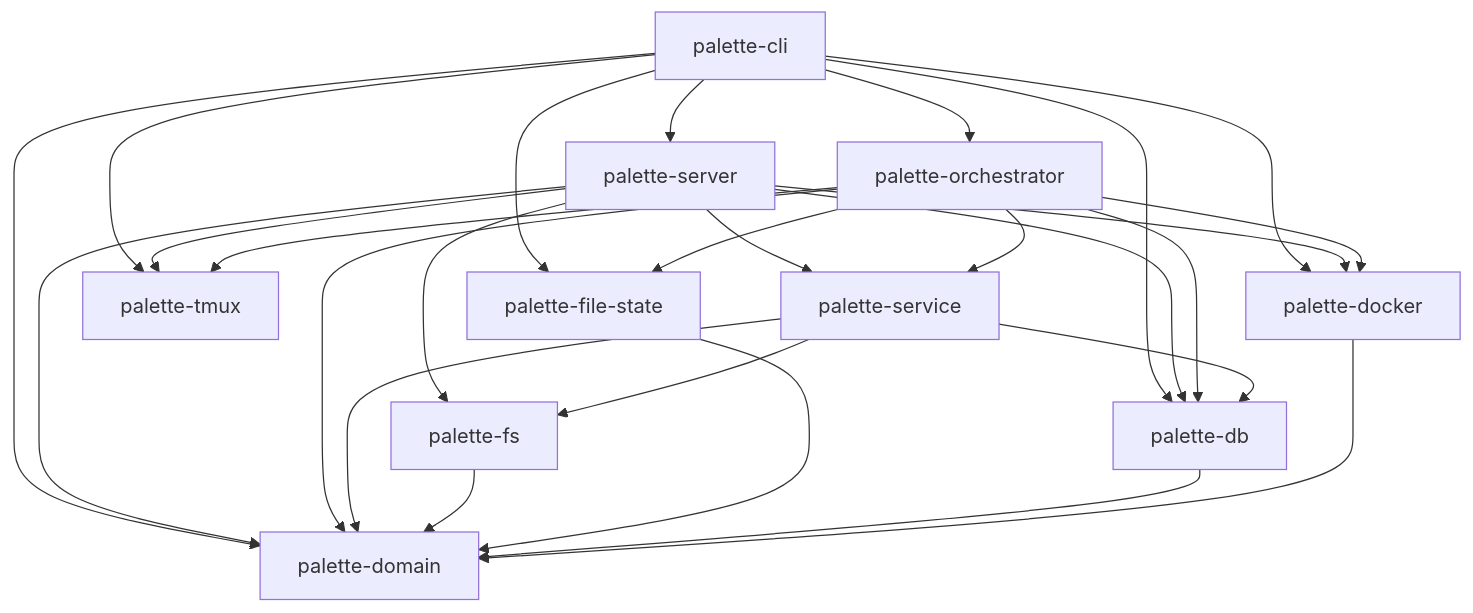
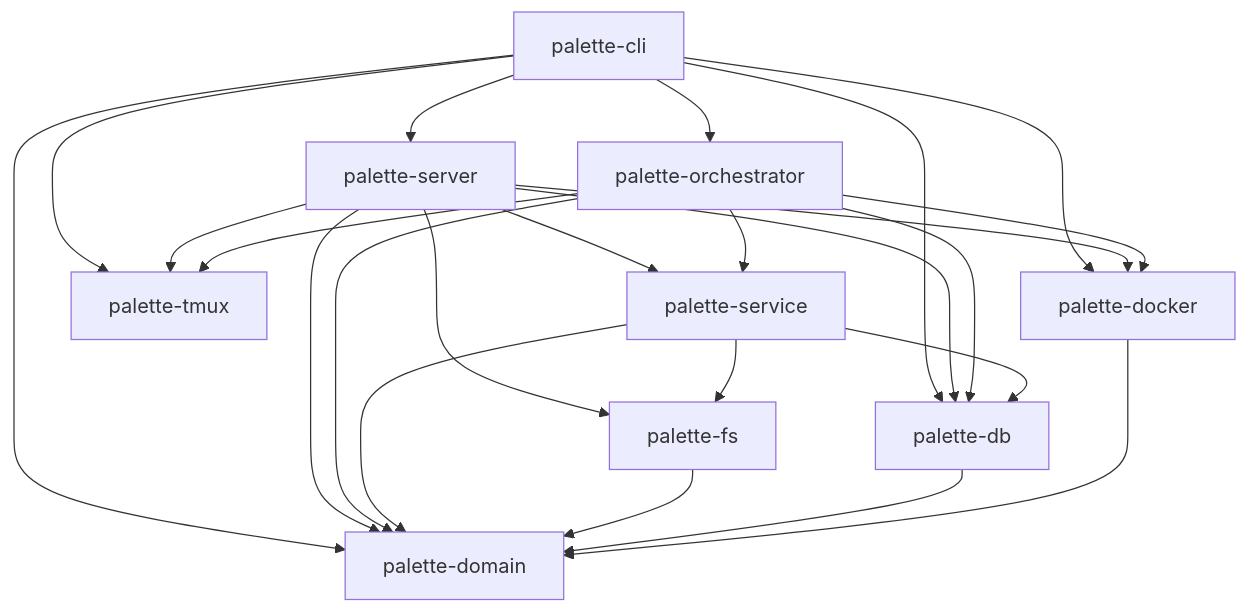
The diagram in docs/guides/palette-design.md (x7c1/palette), drawn with Mermaid before and after one commit. The commit also changed other lines of this file and 148 other files, not shown here.

````diff
--- a/docs/guides/palette-design.md
+++ b/docs/guides/palette-design.md
@@ -18,33 +17,30 @@
 ```mermaid
 graph TD
     cli[palette-cli] --> server[palette-server]
     cli --> orch[palette-orchestrator]
     cli --> docker[palette-docker]
-    cli --> file[palette-file-state]
     cli --> db[palette-db]
     cli --> domain[palette-domain]
     cli --> tmux[palette-tmux]
 
     server --> db
     server --> docker
     server --> domain
     server --> fs[palette-fs]
     server --> service[palette-service]
     server --> tmux
 
     orch --> db
     orch --> docker
     orch --> domain
-    orch --> file
     orch --> service
     orch --> tmux
 
     service --> db
     service --> domain
     service --> fs
 
     fs --> domain
-    file --> domain
     db --> domain
     docker --> domain
 ```
````
